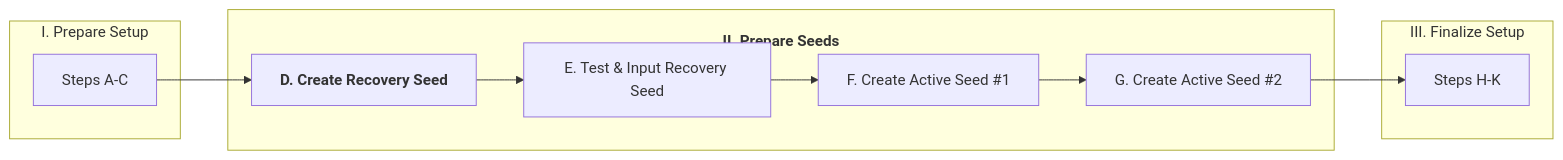
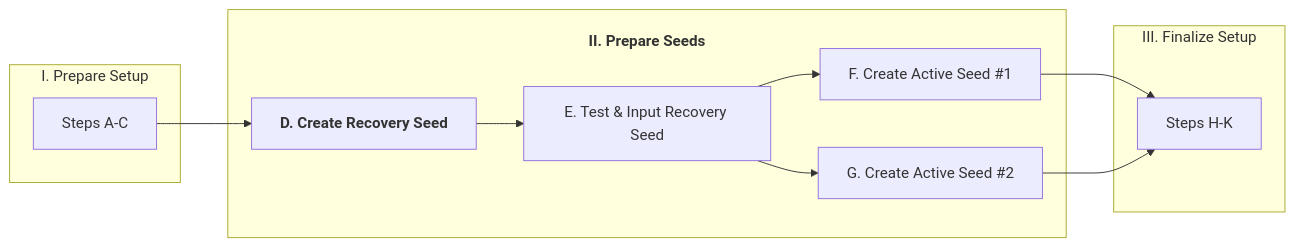
Before and after one commit to BlockchainCommons/SmartCustody: the fourth of 4 diagrams in Docs/Scenario-Multisig.md, drawn with Mermaid. The commit also changed other lines of this file, not shown here.

````diff
--- a/Docs/Scenario-Multisig.md
+++ b/Docs/Scenario-Multisig.md
@@ -243,18 +243,21 @@
 ```mermaid
     graph LR;
     subgraph 1[I. Prepare Setup]
     C[Steps A-C]
     end
     subgraph 2[<h4>II. Prepare Seeds</h4>]
     D[<b>D. Create Recovery Seed</b>]
     E[E. Test & Input Recovery Seed]
     F[F. Create Active Seed #1]
     G[G. Create Active Seed #2]
-    D-->E-->F-->G
+    D-->E
+    E-->F
+    E-->G
     end
     subgraph 3[III. Finalize Setup]
     H[Steps H-K]
     end
     C-->D
+    F-->H
     G-->H
 ```
````
